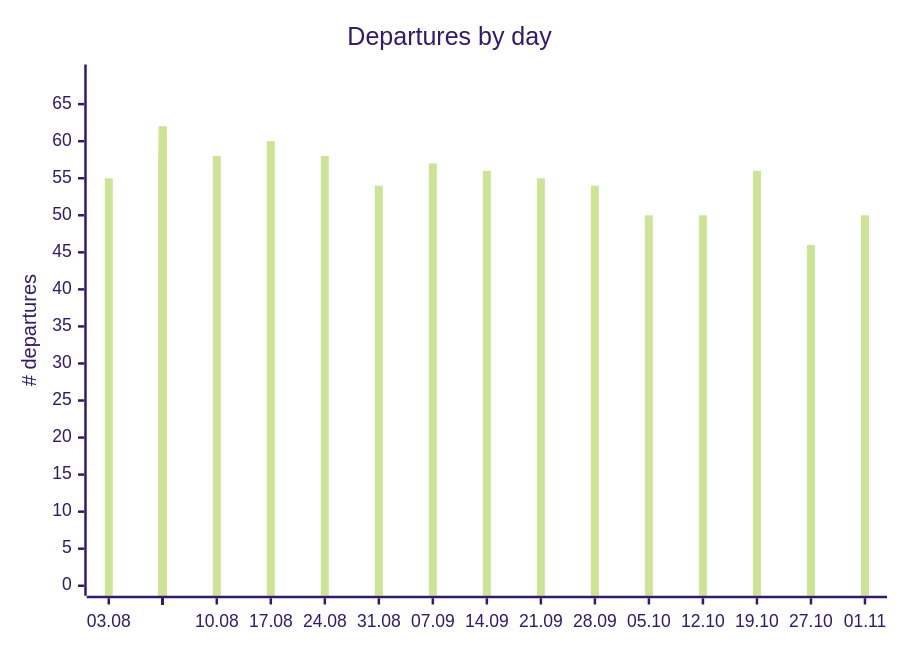
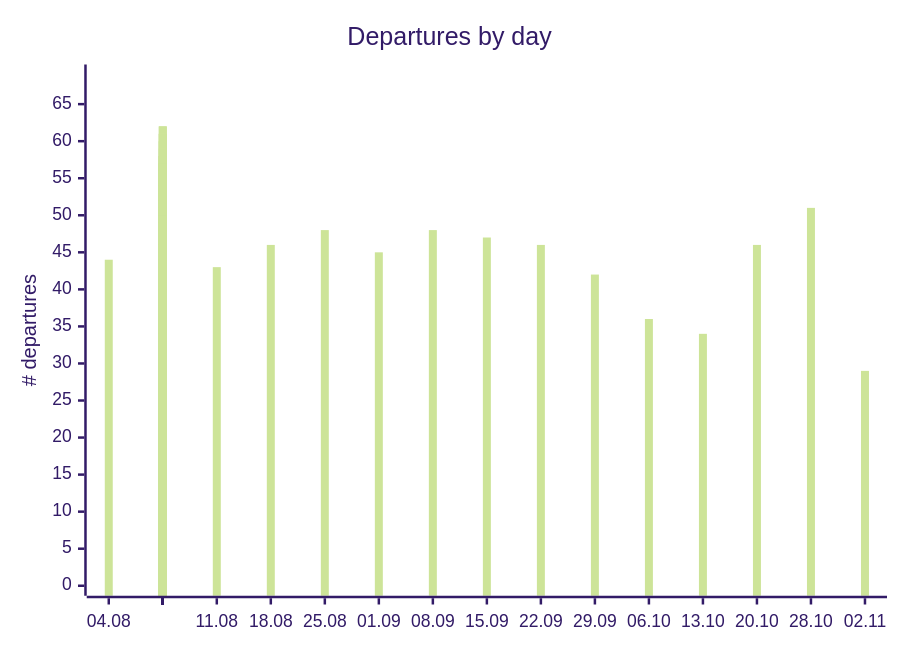
The first of 2 diagrams in README.md (rainermesi/tll-airport-departures), drawn with Mermaid (forest theme) before and after one commit. The commit also changed other lines of this file and 3 other files, not shown here.

````diff
--- a/README.md
+++ b/README.md
@@ -65,12 +65,12 @@
 ```mermaid
 ---
 xyChart:
     xAxis:
       labelFontSize: 8
 ---
 xychart-beta
     title "Departures by day"
-    x-axis ["03.08", " ", " ", " ", " ", " ", " ", "10.08", " ", " ", " ", " ", " ", " ", "17.08", " ", " ", " ", " ", " ", " ", "24.08", " ", " ", " ", " ", " ", " ", "31.08", " ", " ", " ", " ", " ", " ", "07.09", " ", " ", " ", " ", " ", " ", "14.09", " ", " ", " ", " ", " ", " ", "21.09", " ", " ", " ", " ", " ", " ", "28.09", " ", " ", " ", " ", " ", " ", "05.10", " ", " ", " ", " ", " ", " ", "12.10", " ", " ", " ", " ", " ", " ", "19.10", " ", " ", " ", " ", " ", " ", "27.10", " ", " ", " ", " ", "01.11"]
+    x-axis ["04.08", " ", " ", " ", " ", " ", " ", "11.08", " ", " ", " ", " ", " ", " ", "18.08", " ", " ", " ", " ", " ", " ", "25.08", " ", " ", " ", " ", " ", " ", "01.09", " ", " ", " ", " ", " ", " ", "08.09", " ", " ", " ", " ", " ", " ", "15.09", " ", " ", " ", " ", " ", " ", "22.09", " ", " ", " ", " ", " ", " ", "29.09", " ", " ", " ", " ", " ", " ", "06.10", " ", " ", " ", " ", " ", " ", "13.10", " ", " ", " ", " ", " ", " ", "20.10", " ", " ", " ", " ", " ", " ", "28.10", " ", " ", " ", " ", "02.11"]
     y-axis "# departures" 0 --> 69
-    bar [55, 44, 50, 51, 62, 45, 57, 58, 43, 53, 54, 61, 48, 57, 60, 46, 54, 55, 60, 43, 58, 58, 48, 54, 33, 32, 34, 52, 54, 45, 54, 49, 62, 42, 56, 57, 48, 53, 52, 61, 44, 54, 56, 47, 51, 52, 59, 43, 52, 55, 46, 51, 53, 57, 40, 48, 54, 42, 46, 52, 54, 40, 48, 50, 36, 45, 46, 53, 35, 49, 50, 34, 46, 52, 58, 44, 55, 56, 46, 48, 52, 57, 46, 50, 46, 51, 27, 49, 49, 50]
+    bar [44, 50, 51, 62, 45, 57, 58, 43, 53, 54, 61, 48, 57, 60, 46, 54, 55, 60, 43, 58, 58, 48, 54, 33, 32, 34, 52, 54, 45, 54, 49, 62, 42, 56, 57, 48, 53, 52, 61, 44, 54, 56, 47, 51, 52, 59, 43, 52, 55, 46, 51, 53, 57, 40, 48, 54, 42, 46, 52, 54, 40, 48, 50, 36, 45, 46, 53, 35, 49, 50, 34, 46, 52, 58, 44, 55, 56, 46, 48, 52, 57, 46, 50, 46, 51, 27, 49, 49, 50, 29]
 ```
````
